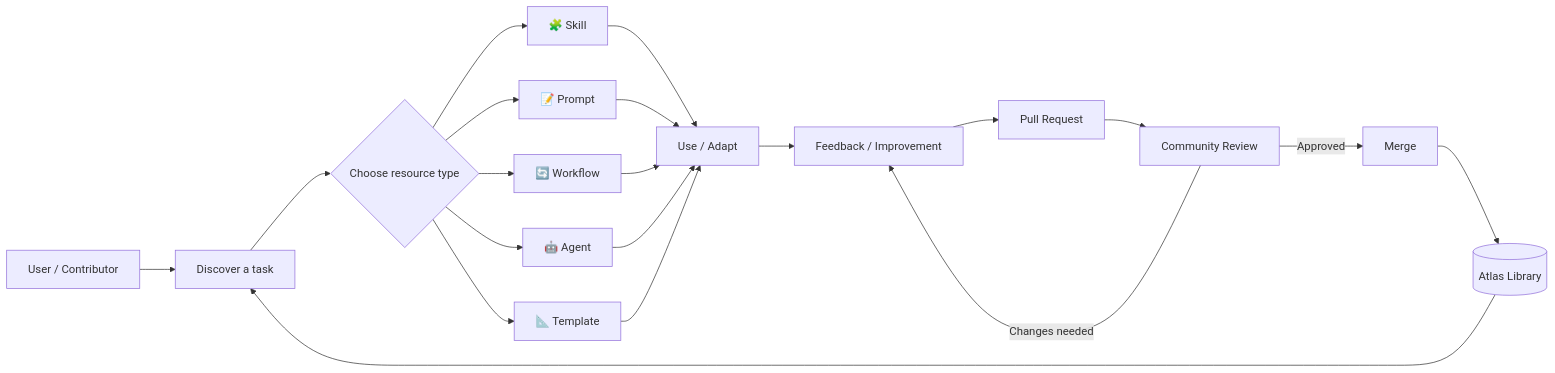
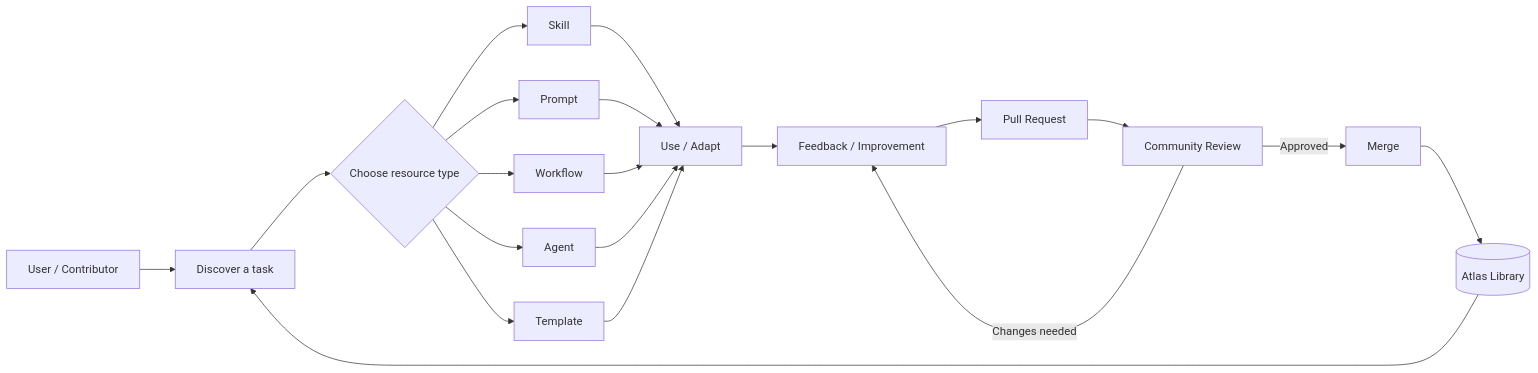
One commit to SANJANAKUMARI83/claude-skills-atlas changed the first of 4 diagrams in docs/diagrams.md. Above: the diagram before and after it, drawn with Mermaid. The commit also changed other lines of this file, not shown here.

Commit message:
Remove emojis from docs/diagrams.md

````diff
--- a/docs/diagrams.md
+++ b/docs/diagrams.md
@@ -7,25 +7,25 @@
 ```mermaid
 flowchart LR
     U[User / Contributor] --> D[Discover a task]
     D --> R{Choose resource type}
 
-    R --> S[🧩 Skill]
-    R --> P[📝 Prompt]
-    R --> W[🔄 Workflow]
-    R --> A[🤖 Agent]
-    R --> T[📐 Template]
+    R --> S[Skill]
+    R --> P[Prompt]
+    R --> W[Workflow]
+    R --> A[Agent]
+    R --> T[Template]
 
     S --> C[Use / Adapt]
     P --> C
     W --> C
     A --> C
     T --> C
 
     C --> F[Feedback / Improvement]
     F --> PR[Pull Request]
     PR --> REV[Community Review]
     REV -->|Approved| M[Merge]
     REV -->|Changes needed| F
     M --> LIB[(Atlas Library)]
     LIB --> D
 ```
````
